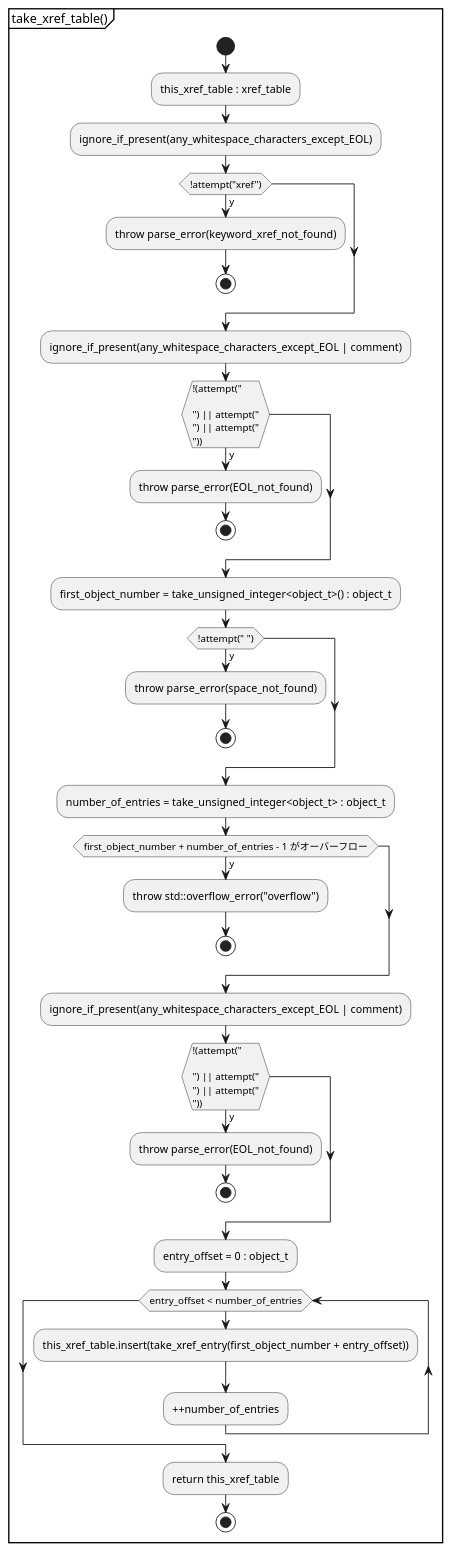
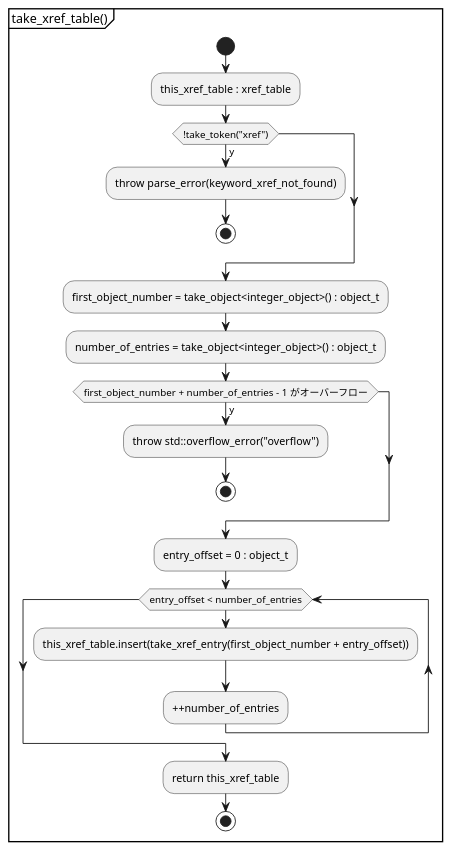
One commit to KodaiYM/PDFReader changed the eighth of 27 diagrams in document/stream_parser.activity.pu. Above: the diagram before and after it, drawn with PlantUML. The commit also changed other lines of this file and 7 other files, not shown here.

```diff
--- a/document/stream_parser.activity.pu
+++ b/document/stream_parser.activity.pu
@@ -156,40 +121,26 @@
 @startuml take_xref_table
 partition "take_xref_table()" {
 start
 	:this_xref_table : xref_table;
-	:ignore_if_present(any_whitespace_characters_except_EOL);
-	if (!attempt("xref")) then (y)
+	if (!take_token("xref")) then (y)
 		:throw parse_error(keyword_xref_not_found);
 		stop
 	endif
-	:ignore_if_present(any_whitespace_characters_except_EOL | comment);
-	if (!(attempt("\r\n") || attempt("\n") || attempt("\r"))) then (y)
-		:throw parse_error(EOL_not_found);
-		stop
-	endif
 
-	:first_object_number = take_unsigned_integer<object_t>() : object_t;
-	if (!attempt(" ")) then (y)
-		:throw parse_error(space_not_found);
-		stop
-	endif
-	:number_of_entries = take_unsigned_integer<object_t> : object_t;
+	:first_object_number = take_object<integer_object>() : object_t;
+	:number_of_entries = take_object<integer_object>() : object_t;
+
 	if (first_object_number + number_of_entries - 1 がオーバーフロー) then (y)
 		:throw std::overflow_error("overflow");
-		stop
-	endif
-	:ignore_if_present(any_whitespace_characters_except_EOL | comment);
-	if (!(attempt("\r\n") || attempt("\n") || attempt("\r"))) then (y)
-		:throw parse_error(EOL_not_found);
 		stop
 	endif
 
 	:entry_offset = 0 : object_t;
 	while (entry_offset < number_of_entries)
 		:this_xref_table.insert(take_xref_entry(first_object_number + entry_offset));
 		:++number_of_entries;
 	endwhile
 	:return this_xref_table;
 stop
 }
 @enduml
```
